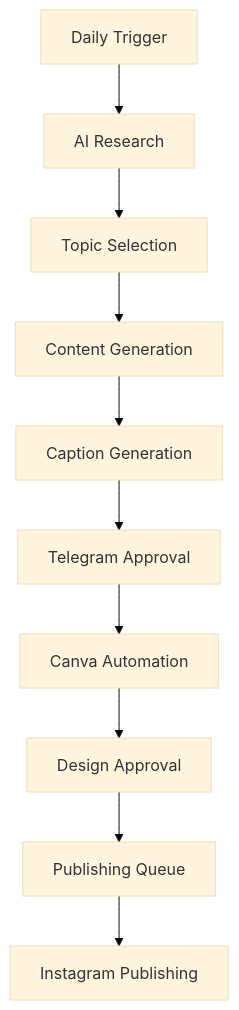
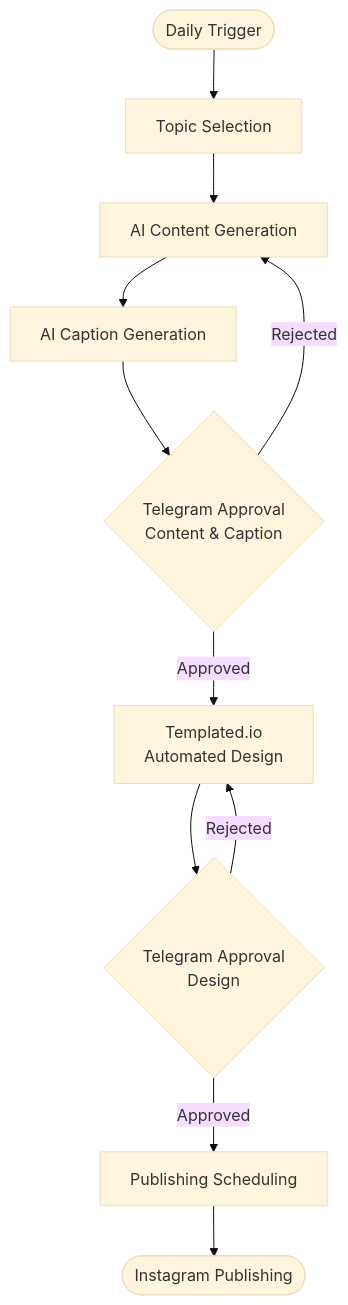
Before and after one commit to tasnimalshair/Social-Media-Posts-Generation-Workflow: the diagram in README.md, drawn with Mermaid (base theme). The commit also changed other lines of this file, not shown here.

First line of the commit message:
Revise README for AI-Powered Content Automation

````diff
--- a/README.md
+++ b/README.md
@@ -36,13 +80,13 @@
 ```mermaid
 flowchart TD
-    A[Daily Trigger]
-    --> B[AI Research]
-    --> C[Topic Selection]
-    --> D[Content Generation]
-    --> E[Caption Generation]
-    --> F[Telegram Approval]
-    --> G[Canva Automation]
-    --> H[Design Approval]
-    --> I[Publishing Queue]
-    --> J[Instagram Publishing]
+    A([Daily Trigger]) --> B[Topic Selection]
+    B --> C[AI Content Generation]
+    C --> D[AI Caption Generation]
+    D --> E{Telegram Approval<br/>Content & Caption}
+    E -->|Approved| F[Templated.io<br/>Automated Design]
+    E -->|Rejected| C
+    F --> G{Telegram Approval<br/>Design}
+    G -->|Approved| H[Publishing Scheduling]
+    G -->|Rejected| F
+    H --> I([Instagram Publishing])
 ```
````
